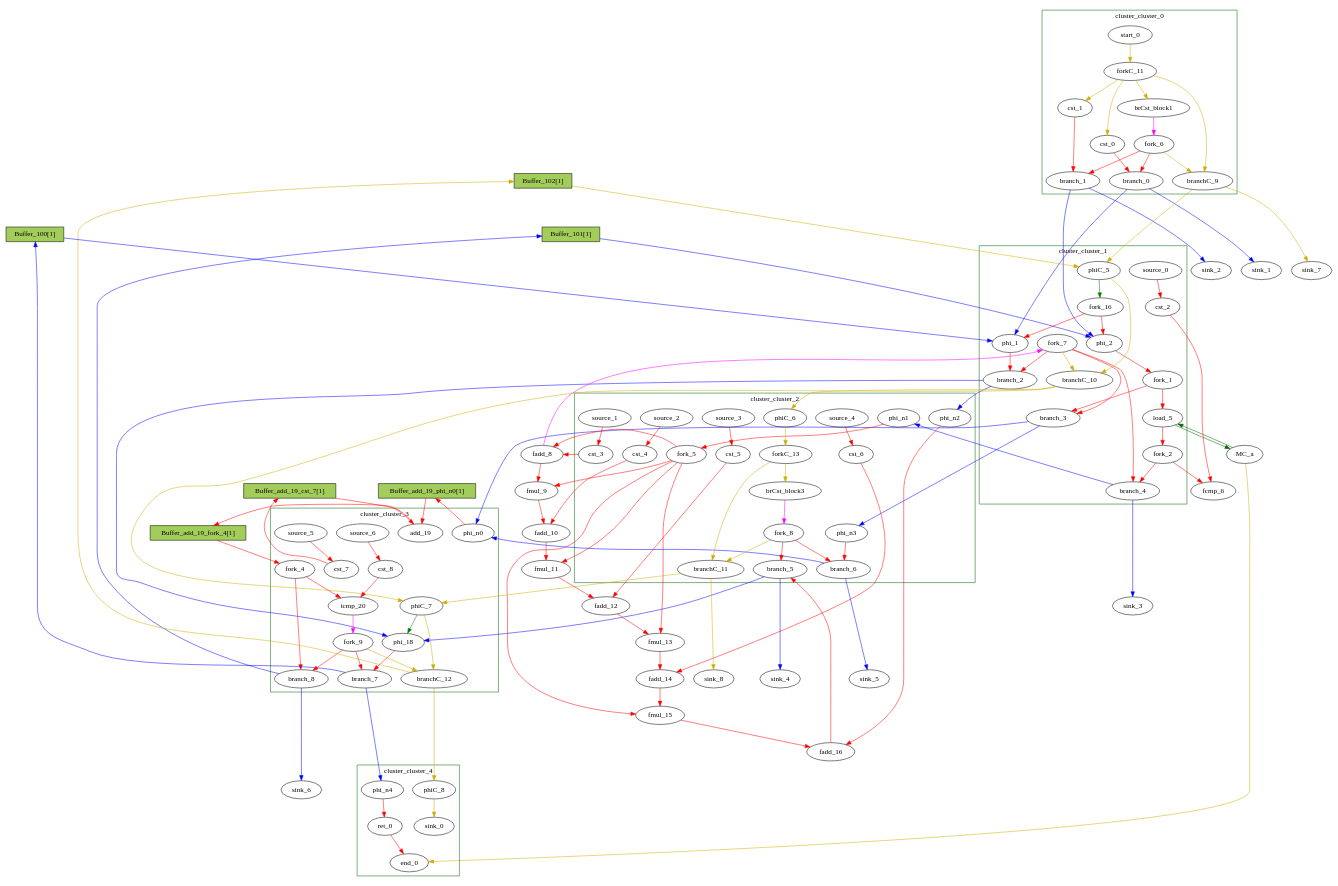
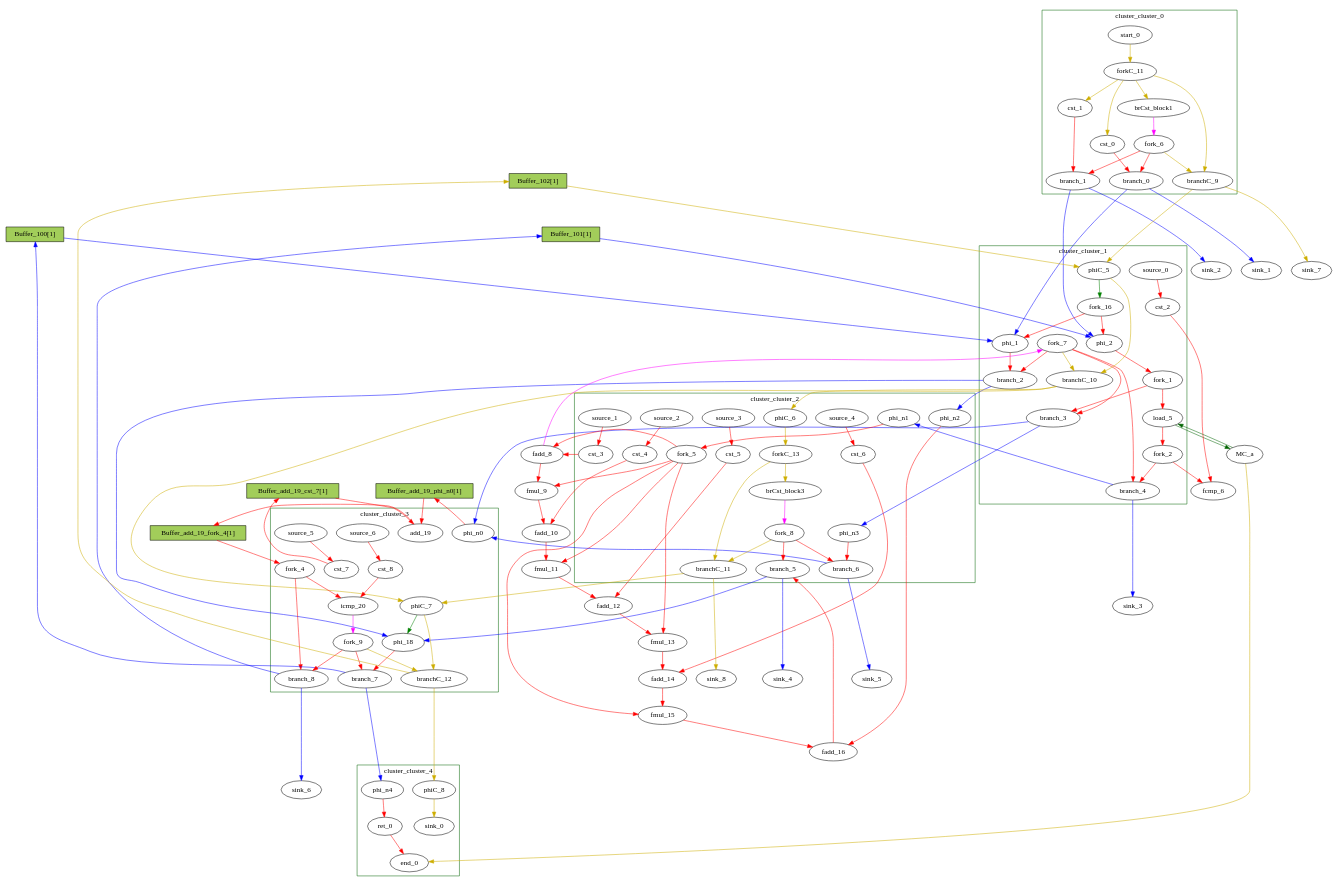
The diagram in RegressionTest/Examples/gsum/reports/gsum_madbuf.dot (Nozidoali/MapBuf), drawn with Graphviz before and after one commit. The commit also changed other lines of this file and 2 other files, not shown here.

```diff
--- a/RegressionTest/Examples/gsum/reports/gsum_madbuf.dot
+++ b/RegressionTest/Examples/gsum/reports/gsum_madbuf.dot
@@ -1,18 +1,5 @@
 Digraph G {
 	splines=spline;
-	subgraph cluster_cluster_cluster_0 {
-	color = "darkgreen";
-label = "cluster_cluster_0";
-		"brCst_block1" [type="Constant", in="in1:1", out="out1:1", bbID=1, value="0x1"];
-		"cst_0" [type="Constant", in="in1:32", out="out1:32", bbID=1, value="0x00000000"];
-		"cst_1" [type="Constant", in="in1:1", out="out1:1", bbID=1, value="0x00000000"];
-		"branch_0" [type="Branch", in="in1:32 in2?:1", out="out1+:32 out2-:32", bbID=1];
-		"branch_1" [type="Branch", in="in1:1 in2?:1", out="out1+:1 out2-:1", bbID=1];
-		"fork_6" [type="Fork", in="in1:1", out="out1:1 out2:1 out3:1 ", bbID=1];
-		"start_0" [type="Entry", in="in1:0", out="out1:0", bbID=1, control="true"];
-		"forkC_11" [type="Fork", in="in1:0", out="out1:0 out2:0 out3:0 out4:0 ", bbID=1];
-		"branchC_9" [type="Branch", in="in1:0 in2?:1", out="out1+:0 out2-:0", bbID=1];
-	}
 	subgraph cluster_cluster_cluster_1 {
 	color = "darkgreen";
 label = "cluster_cluster_1";
@@ -30,6 +17,19 @@
 		"branchC_10" [type="Branch", in="in1:0 in2?:1", out="out1+:0 out2-:0", bbID=2];
 		"source_0" [type="Source", out="out1:32", bbID=2];
 		"fork_16" [type="Fork", in="in1:1", out="out1:1 out2:1 ", bbID=2];
+	}
+	subgraph cluster_cluster_cluster_0 {
+	color = "darkgreen";
+label = "cluster_cluster_0";
+		"brCst_block1" [type="Constant", in="in1:1", out="out1:1", bbID=1, value="0x1"];
+		"cst_0" [type="Constant", in="in1:32", out="out1:32", bbID=1, value="0x00000000"];
+		"cst_1" [type="Constant", in="in1:1", out="out1:1", bbID=1, value="0x00000000"];
+		"branch_0" [type="Branch", in="in1:32 in2?:1", out="out1+:32 out2-:32", bbID=1];
+		"branch_1" [type="Branch", in="in1:1 in2?:1", out="out1+:1 out2-:1", bbID=1];
+		"fork_6" [type="Fork", in="in1:1", out="out1:1 out2:1 out3:1 ", bbID=1];
+		"start_0" [type="Entry", in="in1:0", out="out1:0", bbID=1, control="true"];
+		"forkC_11" [type="Fork", in="in1:0", out="out1:0 out2:0 out3:0 out4:0 ", bbID=1];
+		"branchC_9" [type="Branch", in="in1:0 in2?:1", out="out1+:0 out2-:0", bbID=1];
 	}
 	subgraph cluster_cluster_cluster_2 {
 	color = "darkgreen";
```
